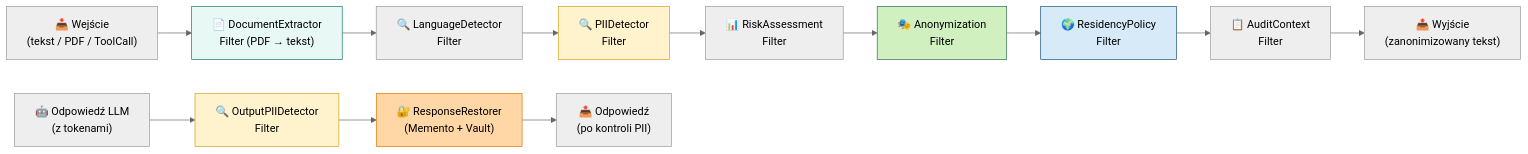
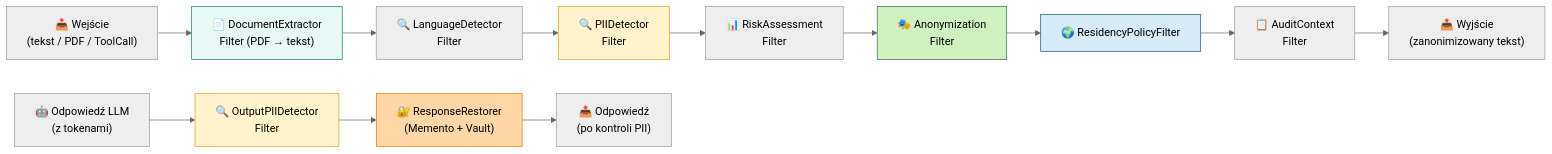
Before and after one commit to gniewekk/Privacy-Preserving-Context-Pipeline-for-LLMs-DP: the second of 14 diagrams in ARCHITECTURE.md, drawn with Mermaid (neutral theme). The commit also changed other lines of this file and 30 other files, not shown here.

````diff
--- a/ARCHITECTURE.md
+++ b/ARCHITECTURE.md
@@ -115,22 +115,22 @@
 ```mermaid
 flowchart LR
     IN["📥 Wejście\n(tekst / PDF / ToolCall)"] --> F0
     F0["📄 DocumentExtractor\nFilter (PDF → tekst)"] --> F1
     F1["🔍 LanguageDetector\nFilter"] --> F2
     F2["🔍 PIIDetector\nFilter"] --> F3
     F3["📊 RiskAssessment\nFilter"] --> F4
     F4["🎭 Anonymization\nFilter"] --> F5
-    F5["🌍 ResidencyPolicy\nFilter"] --> F6
+    F5["🌍 ResidencyPolicyFilter"] --> F6
     F6["📋 AuditContext\nFilter"] --> OUT["📤 Wyjście\n(zanonimizowany tekst)"]
 
     LLM["🤖 Odpowiedź LLM\n(z tokenami)"] --> OF1
     OF1["🔍 OutputPIIDetector\nFilter"] --> OF2["🔐 ResponseRestorer\n(Memento + Vault)"]
     OF2 --> OOUT["📤 Odpowiedź\n(po kontroli PII)"]
 
     style F0 fill:#e8f8f5,stroke:#117a65
     style F2 fill:#fff3cd,stroke:#d4a017
     style F4 fill:#d0f0c0,stroke:#2d6a4f
     style F5 fill:#d6eaf8,stroke:#1a5276
     style OF1 fill:#fff3cd,stroke:#d4a017
     style OF2 fill:#ffd6a5,stroke:#e07a00
 ```
````
